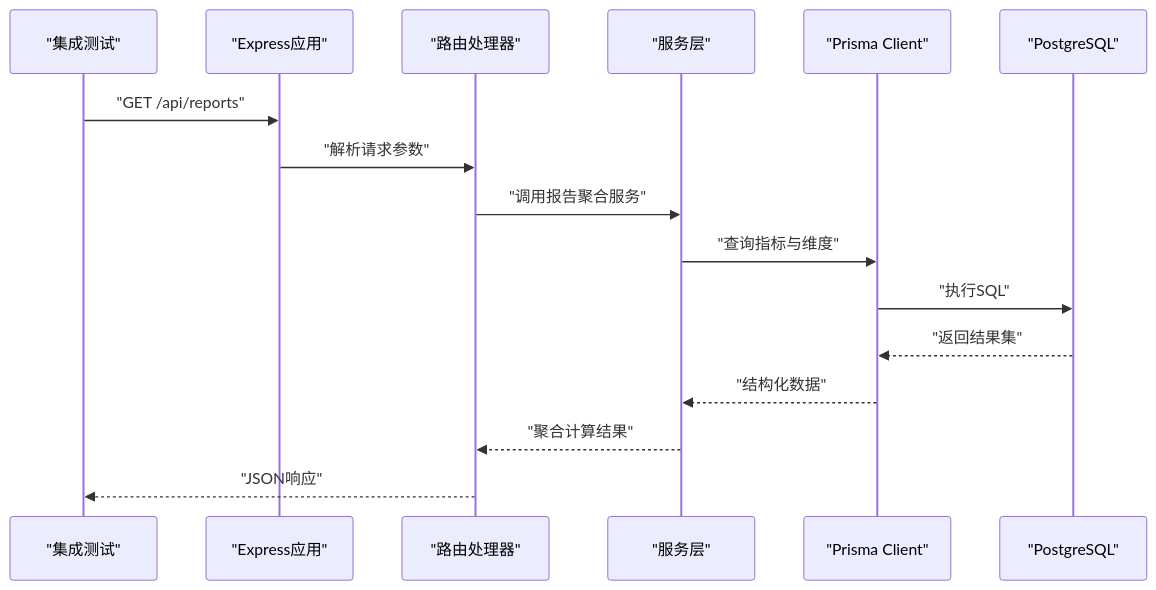
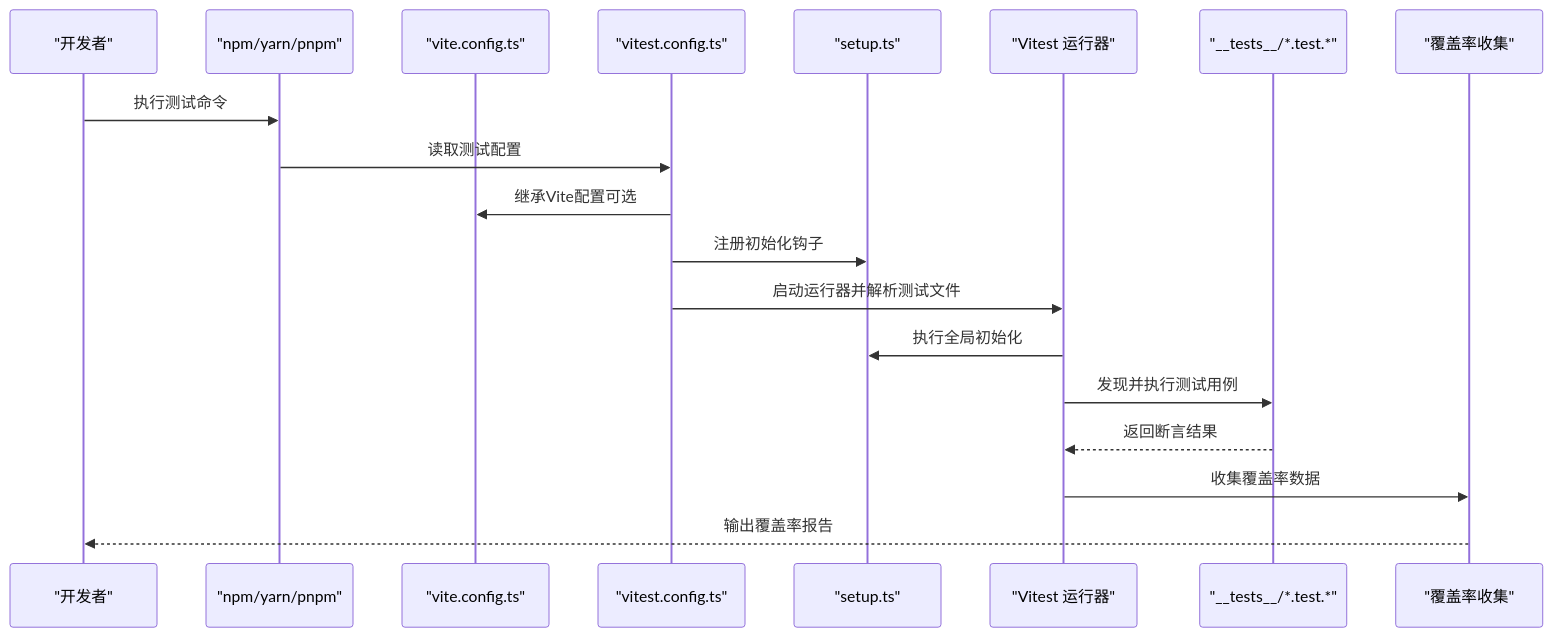
One commit to Damao997/newproject changed the second of 3 diagrams in .qoder/repowiki/zh/content/测试策略/单元测试.md. Above: the diagram before and after it, drawn with Mermaid. The commit also changed other lines of this file and 391 other files, not shown here.

First line of the commit message:
feat: 重分类功能重构 - 跨公司部分金额转移(ratio/amount分摊)+同公司科目间金额调整(调减/调增可不等额) - 新增 /reclassify/subject(/preview) API 与科目调整对话框 - 集成测试+5 全量252通过

````diff
--- a/.qoder/repowiki/zh/content/测试策略/单元测试.md
+++ b/.qoder/repowiki/zh/content/测试策略/单元测试.md
@@ -291,18 +88,21 @@
 ```mermaid
 sequenceDiagram
-participant Test as "集成测试"
-participant App as "Express应用"
-participant Route as "路由处理器"
-participant Service as "服务层"
-participant Prisma as "Prisma Client"
-participant PG as "PostgreSQL"
-Test->>App : "GET /api/reports"
-App->>Route : "解析请求参数"
-Route->>Service : "调用报告聚合服务"
-Service->>Prisma : "查询指标与维度"
-Prisma->>PG : "执行SQL"
-PG-->>Prisma : "返回结果集"
-Prisma-->>Service : "结构化数据"
-Service-->>Route : "聚合计算结果"
-Route-->>Test : "JSON响应"
+participant Dev as "开发者"
+participant NPM as "npm/yarn/pnpm"
+participant ViteCfg as "vite.config.ts"
+participant VitestCfg as "vitest.config.ts"
+participant Setup as "setup.ts"
+participant Runner as "Vitest 运行器"
+participant Tests as "__tests__/*.test.*"
+participant Coverage as "覆盖率收集"
+Dev->>NPM : 执行测试命令
+NPM->>VitestCfg : 读取测试配置
+VitestCfg->>ViteCfg : 继承Vite配置可选
+VitestCfg->>Setup : 注册初始化钩子
+VitestCfg->>Runner : 启动运行器并解析测试文件
+Runner->>Setup : 执行全局初始化
+Runner->>Tests : 发现并执行测试用例
+Tests-->>Runner : 返回断言结果
+Runner->>Coverage : 收集覆盖率数据
+Coverage-->>Dev : 输出覆盖率报告
 ```
````
